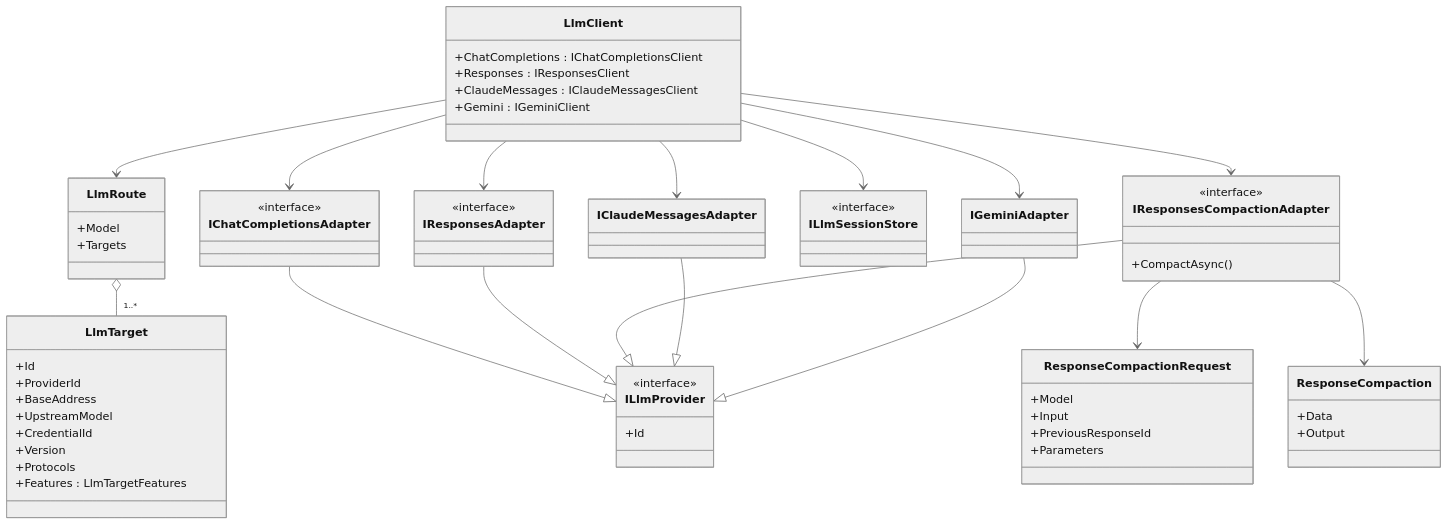
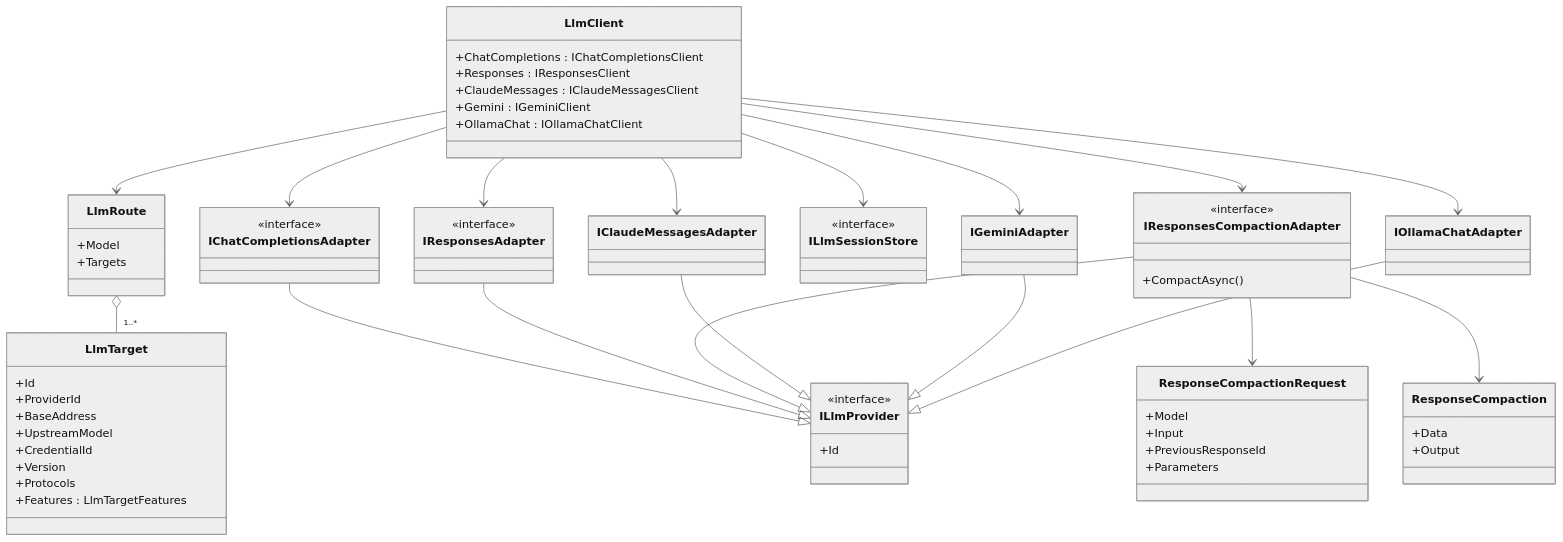
One commit to BenLampson/Asgard.Loki changed the third of 31 diagrams in docs/architecture.md. Above: the diagram before and after it, drawn with Mermaid (neutral theme). The commit also changed other lines of this file and 39 other files, not shown here.

Commit message:
feat(llm): add native Ollama chat JSON and NDJSON calls

````diff
--- a/docs/architecture.md
+++ b/docs/architecture.md
@@ -98,65 +100,68 @@
 ```mermaid
 classDiagram
 class LlmClient {
   +ChatCompletions : IChatCompletionsClient
   +Responses : IResponsesClient
   +ClaudeMessages : IClaudeMessagesClient
   +Gemini : IGeminiClient
+  +OllamaChat : IOllamaChatClient
 }
 class LlmRoute {
   +Model
   +Targets
 }
 class LlmTarget {
   +Id
   +ProviderId
   +BaseAddress
   +UpstreamModel
   +CredentialId
   +Version
   +Protocols
   +Features : LlmTargetFeatures
 }
 class ILlmProvider {
   <<interface>>
   +Id
 }
 class IChatCompletionsAdapter {
   <<interface>>
 }
 class IResponsesAdapter {
   <<interface>>
 }
 class IResponsesCompactionAdapter {
   <<interface>>
   +CompactAsync()
 }
 class ResponseCompactionRequest {
   +Model
   +Input
   +PreviousResponseId
   +Parameters
 }
 class ResponseCompaction {
   +Data
   +Output
 }
 class ILlmSessionStore {
   <<interface>>
 }
 LlmClient --> LlmRoute
 LlmRoute o-- "1..*" LlmTarget
 LlmClient --> IChatCompletionsAdapter
 LlmClient --> IResponsesAdapter
 LlmClient --> IResponsesCompactionAdapter
 IResponsesCompactionAdapter --> ResponseCompactionRequest
 IResponsesCompactionAdapter --> ResponseCompaction
 LlmClient --> IClaudeMessagesAdapter
 LlmClient --> IGeminiAdapter
+LlmClient --> IOllamaChatAdapter
 LlmClient --> ILlmSessionStore
 IChatCompletionsAdapter --|> ILlmProvider
 IResponsesAdapter --|> ILlmProvider
 IResponsesCompactionAdapter --|> ILlmProvider
 IClaudeMessagesAdapter --|> ILlmProvider
 IGeminiAdapter --|> ILlmProvider
+IOllamaChatAdapter --|> ILlmProvider
 ```
````
